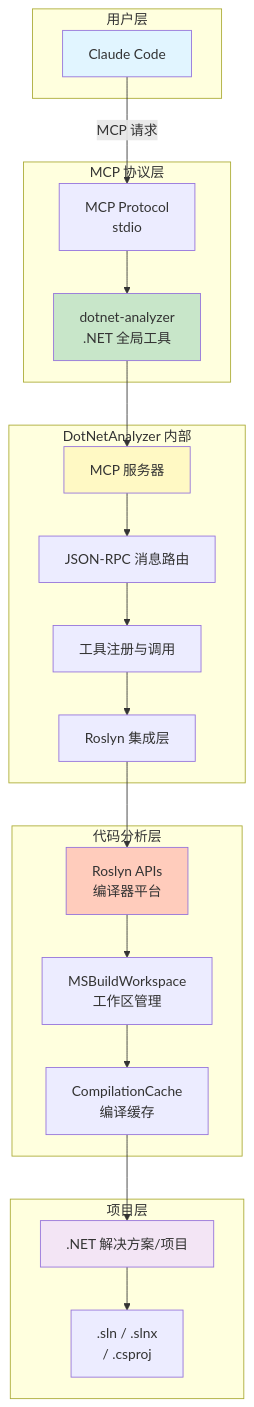
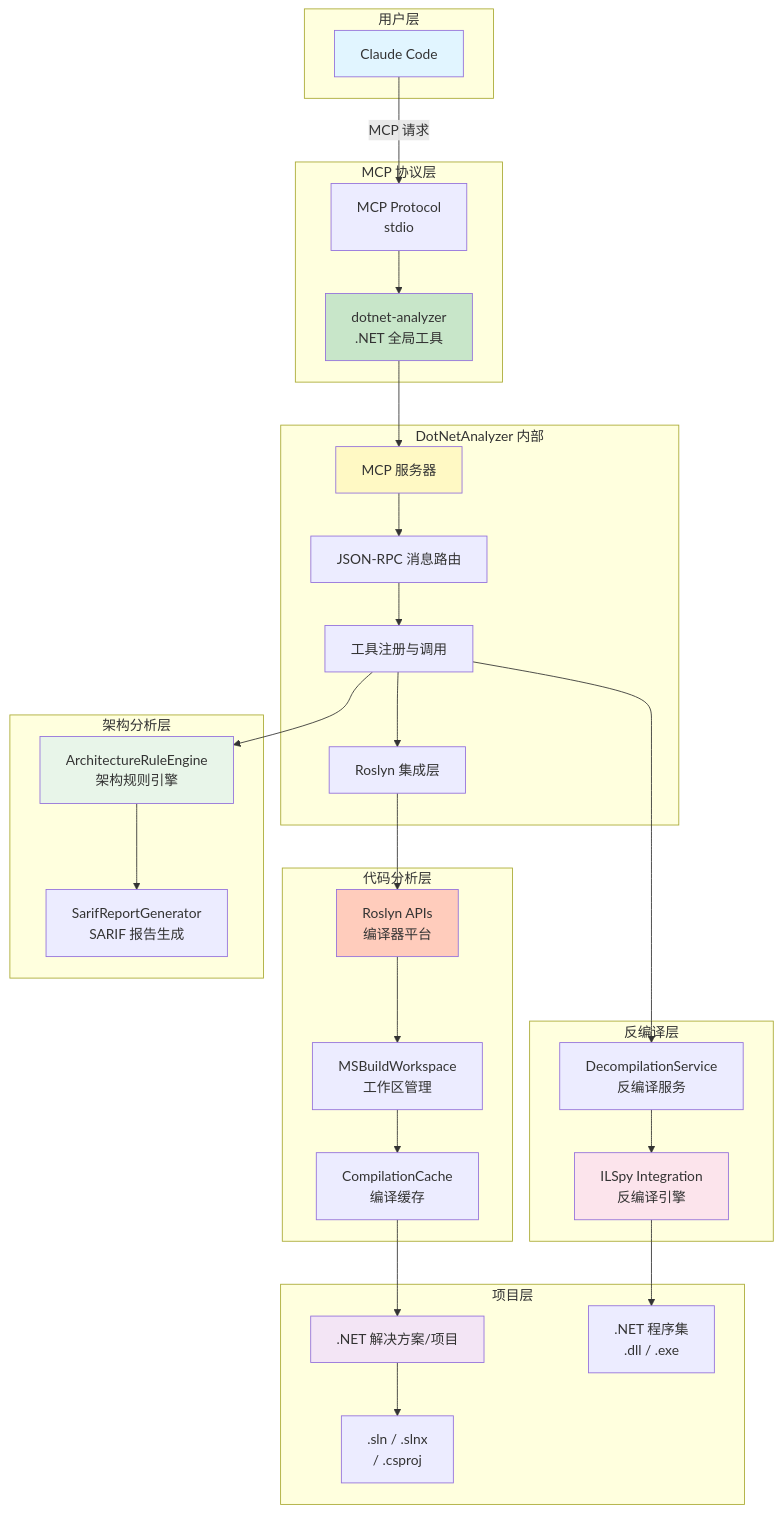
Before and after one commit to CartapenaBark/DotNetAnalyzer: the first of 5 diagrams in docs/ARCHITECTURE.md, drawn with Mermaid. The commit also changed other lines of this file and 93 other files, not shown here.

````diff
--- a/docs/ARCHITECTURE.md
+++ b/docs/ARCHITECTURE.md
@@ -7,47 +7,65 @@
 ```mermaid
 graph TB
     subgraph "用户层"
         A[Claude Code]
     end
 
     subgraph "MCP 协议层"
         B[MCP Protocol<br/>stdio]
         C[dotnet-analyzer<br/>.NET 全局工具]
     end
 
     subgraph "DotNetAnalyzer 内部"
         D[MCP 服务器]
         E[JSON-RPC 消息路由]
         F[工具注册与调用]
         G[Roslyn 集成层]
     end
 
     subgraph "代码分析层"
         H[Roslyn APIs<br/>编译器平台]
         I[MSBuildWorkspace<br/>工作区管理]
         J[CompilationCache<br/>编译缓存]
     end
 
+    subgraph "架构分析层"
+        M[ArchitectureRuleEngine<br/>架构规则引擎]
+        N[SarifReportGenerator<br/>SARIF 报告生成]
+    end
+
+    subgraph "反编译层"
+        O[ILSpy Integration<br/>反编译引擎]
+        P[DecompilationService<br/>反编译服务]
+    end
+
     subgraph "项目层"
         K[.NET 解决方案/项目]
         L[.sln / .slnx<br/>/ .csproj]
+        Q[.NET 程序集<br/>.dll / .exe]
     end
 
     A -->|MCP 请求| B
     B --> C
     C --> D
     D --> E
     E --> F
     F --> G
     G --> H
     H --> I
     I --> J
     J --> K
     K --> L
+    F --> M
+    M --> N
+    F --> P
+    P --> O
+    O --> Q
 
     style A fill:#e1f5ff
     style C fill:#c8e6c9
     style D fill:#fff9c4
     style H fill:#ffccbc
+    style M fill:#e8f5e9
+    style O fill:#fce4ec
     style K fill:#f3e5f5
 ```
````
